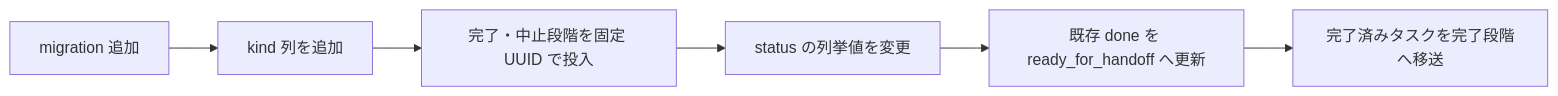
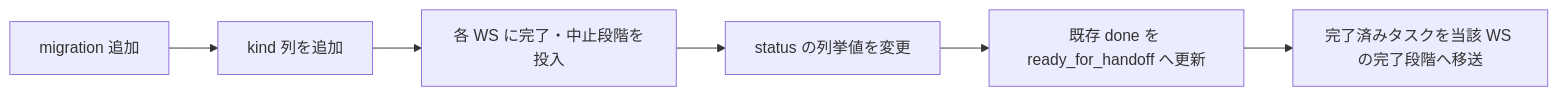
The third of 3 diagrams in .kiro/specs/task-status-model/design.md (karasaki-wasabi/project-task-management), drawn with Mermaid before and after one commit. The commit also changed other lines of this file and 5 other files, not shown here.

````diff
--- a/.kiro/specs/task-status-model/design.md
+++ b/.kiro/specs/task-status-model/design.md
@@ -578,8 +580,8 @@
 ```mermaid
 flowchart LR
     A[migration 追加] --> B[kind 列を追加]
-    B --> C[完了・中止段階を固定 UUID で投入]
+    B --> C[各 WS に完了・中止段階を投入]
     C --> D[status の列挙値を変更]
     D --> E[既存 done を ready_for_handoff へ更新]
-    E --> F[完了済みタスクを完了段階へ移送]
+    E --> F[完了済みタスクを当該 WS の完了段階へ移送]
 ```
````
